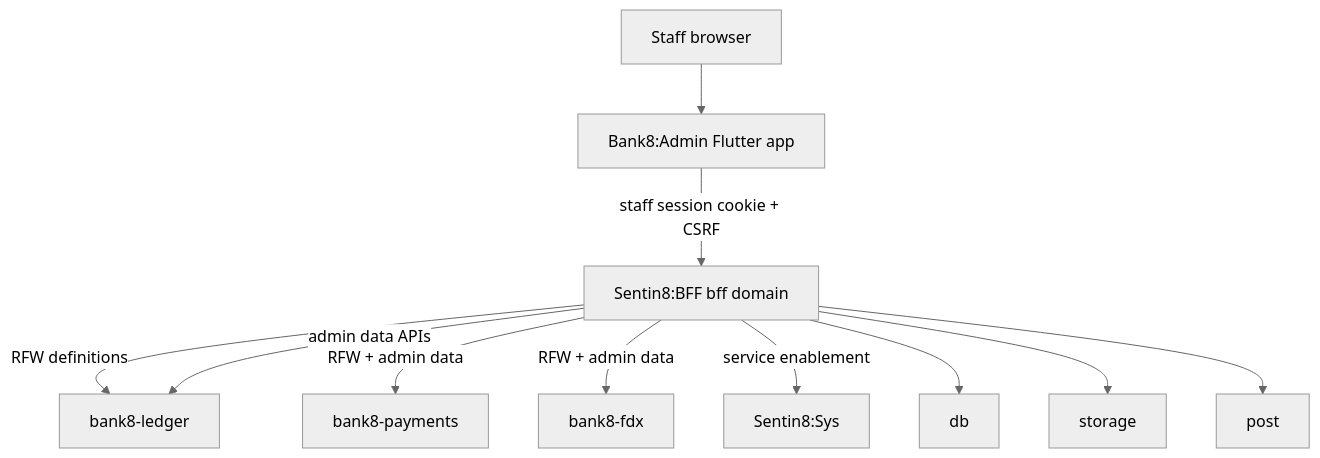
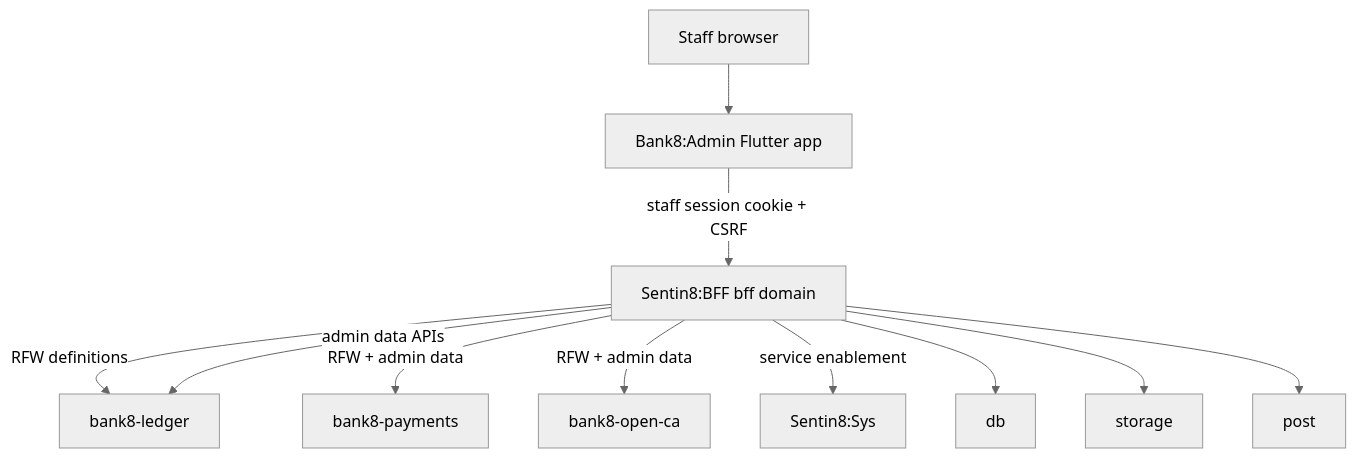
The first of 6 diagrams in docs/apps/admin/design.md (Bank8-dev/bank8-site), drawn with Mermaid (neutral theme) before and after one commit. The commit also changed other lines of this file and 300 other files, not shown here.

First line of the commit message:
OBARCH: bank8-fdx -> bank8-open-ca across the site

````diff
--- a/docs/apps/admin/design.md
+++ b/docs/apps/admin/design.md
@@ -27,13 +27,13 @@
 ```mermaid
 graph TD
     ST[Staff browser] --> AD[Bank8:Admin Flutter app]
     AD -->|staff session cookie + CSRF| BFF[Sentin8:BFF bff domain]
     BFF -->|RFW definitions| LED[bank8-ledger]
     BFF -->|admin data APIs| LED
     BFF -->|RFW + admin data| PAY[bank8-payments]
-    BFF -->|RFW + admin data| FDX[bank8-fdx]
+    BFF -->|RFW + admin data| FDX[bank8-open-ca]
     BFF -->|service enablement| SYS[Sentin8:Sys]
     BFF --> DB[db]
     BFF --> STG[storage]
     BFF --> POST[post]
 ```
````
